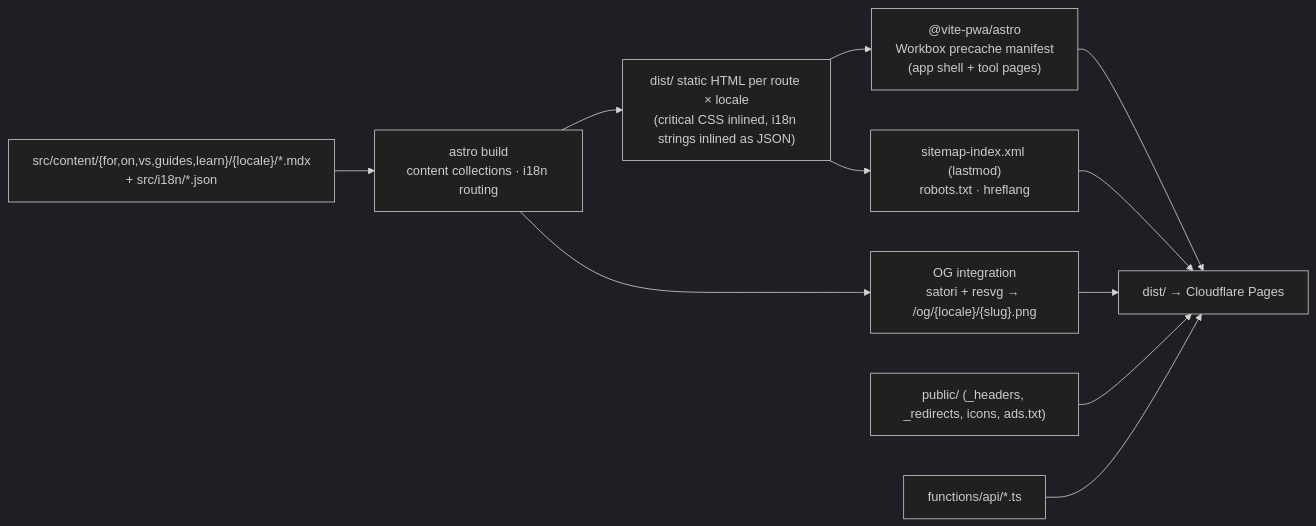
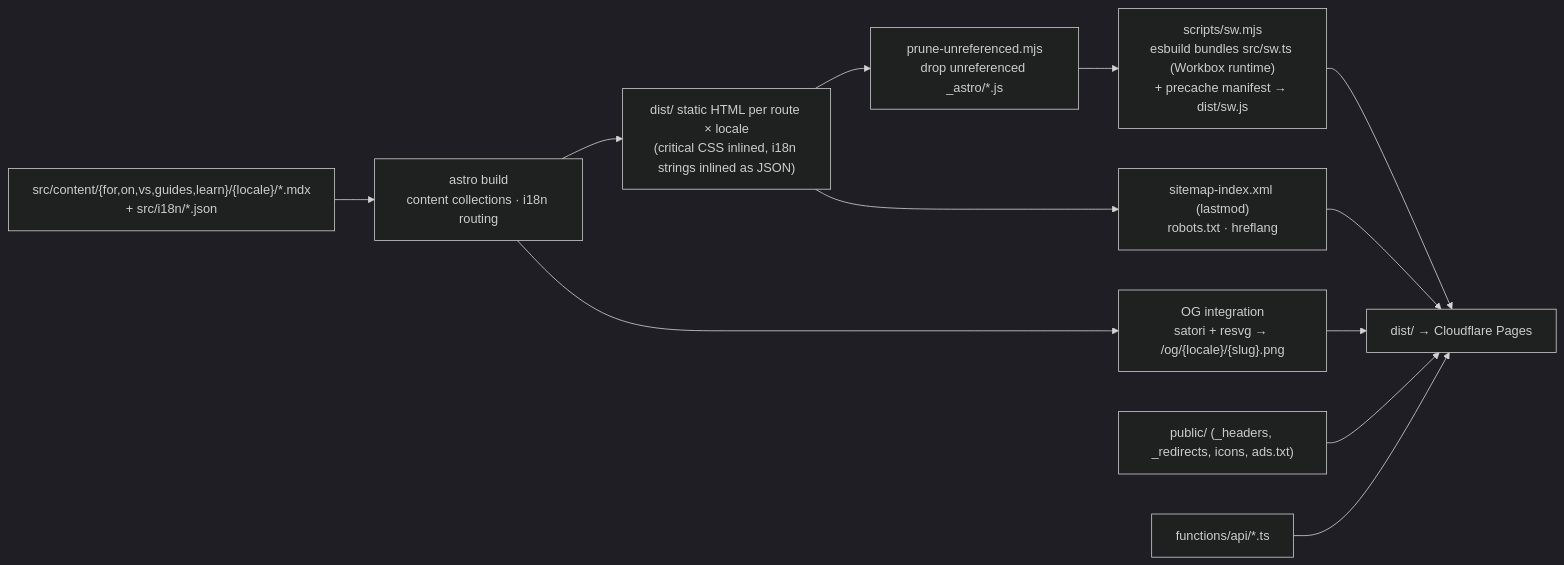
One commit to SoubhikBiswas-gitHub/awaketab changed the third of 5 diagrams in docs/03-architecture.md. Above: the diagram before and after it, drawn with Mermaid (dark theme). The commit also changed other lines of this file and 8 other files, not shown here.

````diff
--- a/docs/03-architecture.md
+++ b/docs/03-architecture.md
@@ -227,13 +227,14 @@
 ```mermaid
 flowchart LR
   MDX["src/content/{for,on,vs,guides,learn}/{locale}/*.mdx<br/>+ src/i18n/*.json"] --> Astro["astro build<br/>content collections · i18n routing"]
   Astro --> HTML["dist/ static HTML per route × locale<br/>(critical CSS inlined, i18n strings inlined as JSON)"]
   Astro --> OG["OG integration<br/>satori + resvg → /og/{locale}/{slug}.png"]
-  HTML --> PWA["@vite-pwa/astro<br/>Workbox precache manifest<br/>(app shell + tool pages)"]
+  HTML --> Prune["prune-unreferenced.mjs<br/>drop unreferenced _astro/*.js"]
+  Prune --> PWA["scripts/sw.mjs<br/>esbuild bundles src/sw.ts (Workbox runtime)<br/>+ precache manifest → dist/sw.js"]
   HTML --> Sitemap["sitemap-index.xml (lastmod)<br/>robots.txt · hreflang"]
   Pub["public/ (_headers, _redirects, icons, ads.txt)"] --> Dist["dist/ → Cloudflare Pages"]
   PWA --> Dist
   OG --> Dist
   Sitemap --> Dist
   Fns["functions/api/*.ts"] --> Dist
 ```
````
